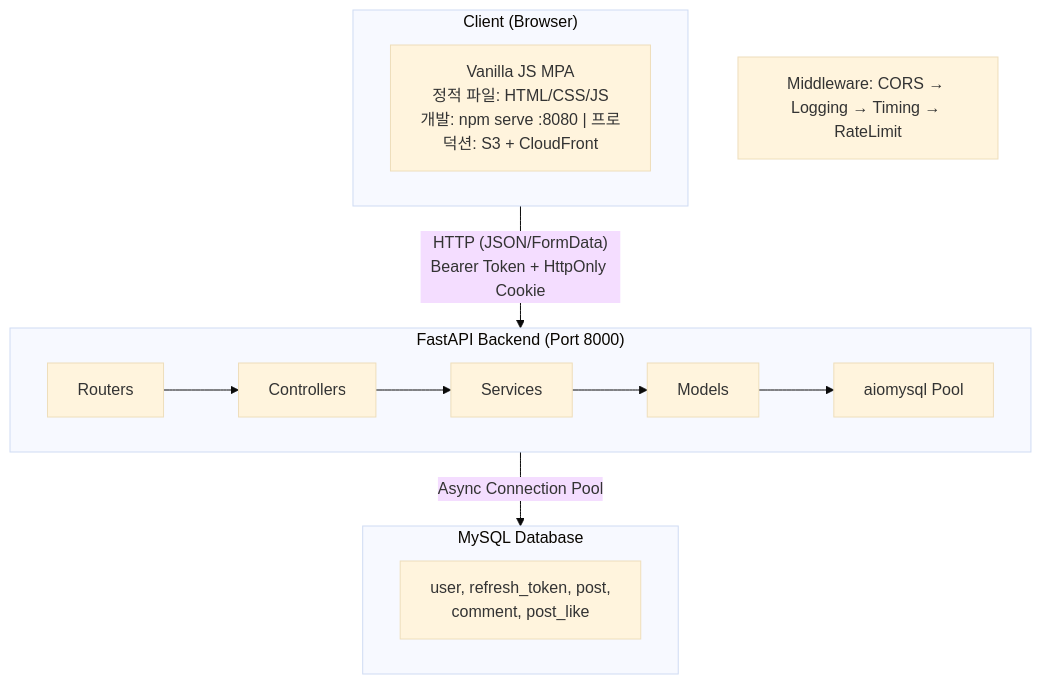
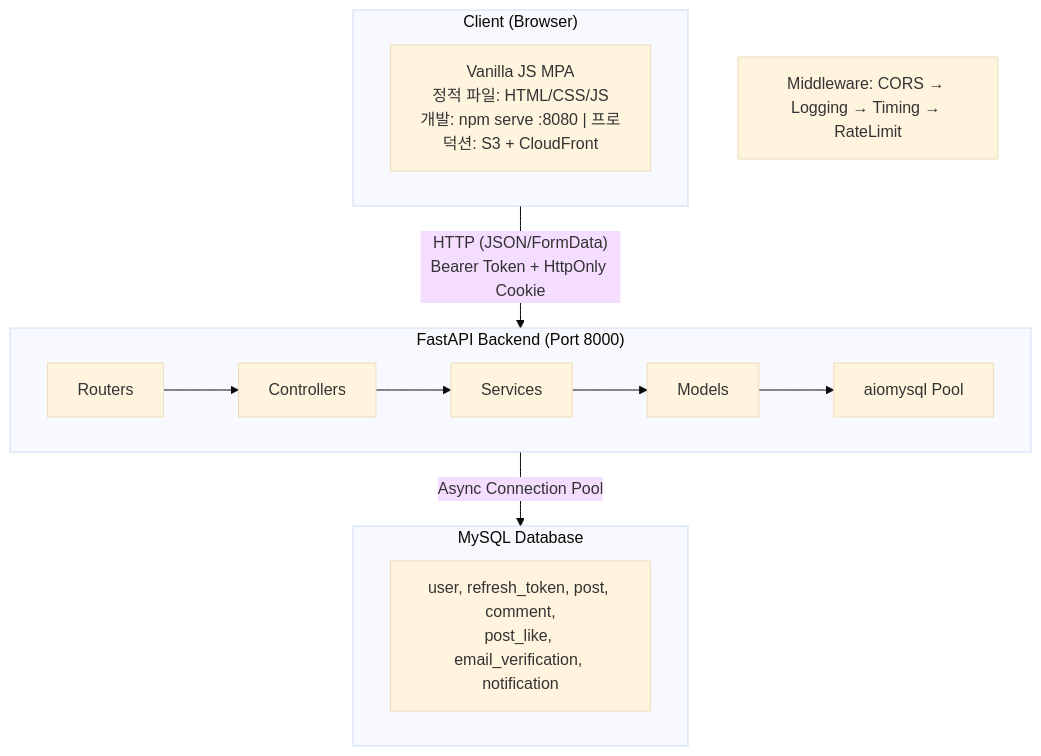
One commit to revenantonthemission/2-cho-community-fe changed the first of 3 diagrams in README.md. Above: the diagram before and after it, drawn with Mermaid (base theme). The commit also changed other lines of this file and 13 other files, not shown here.

````diff
--- a/README.md
+++ b/README.md
@@ -60,21 +43,21 @@
 ```mermaid
 flowchart TD
     subgraph Client["Client (Browser)"]
         FE["Vanilla JS MPA<br/>정적 파일: HTML/CSS/JS<br/>개발: npm serve :8080 | 프로덕션: S3 + CloudFront"]
     end
 
     Client -->|"HTTP (JSON/FormData)<br/>Bearer Token + HttpOnly Cookie"| Backend
 
     subgraph Backend["FastAPI Backend (Port 8000)"]
         direction LR
         Routers --> Controllers --> Services --> Models --> Pool["aiomysql Pool"]
     end
 
     note["Middleware: CORS → Logging → Timing → RateLimit"]
 
     Backend -->|"Async Connection Pool"| DB
 
     subgraph DB["MySQL Database"]
-        Tables["user, refresh_token, post,<br/>comment, post_like"]
+        Tables["user, refresh_token, post, comment,<br/>post_like, email_verification, notification"]
     end
 ```
````
